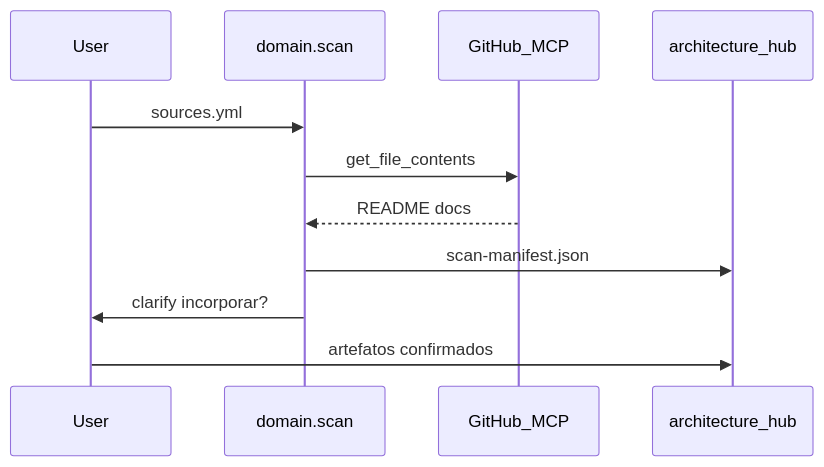
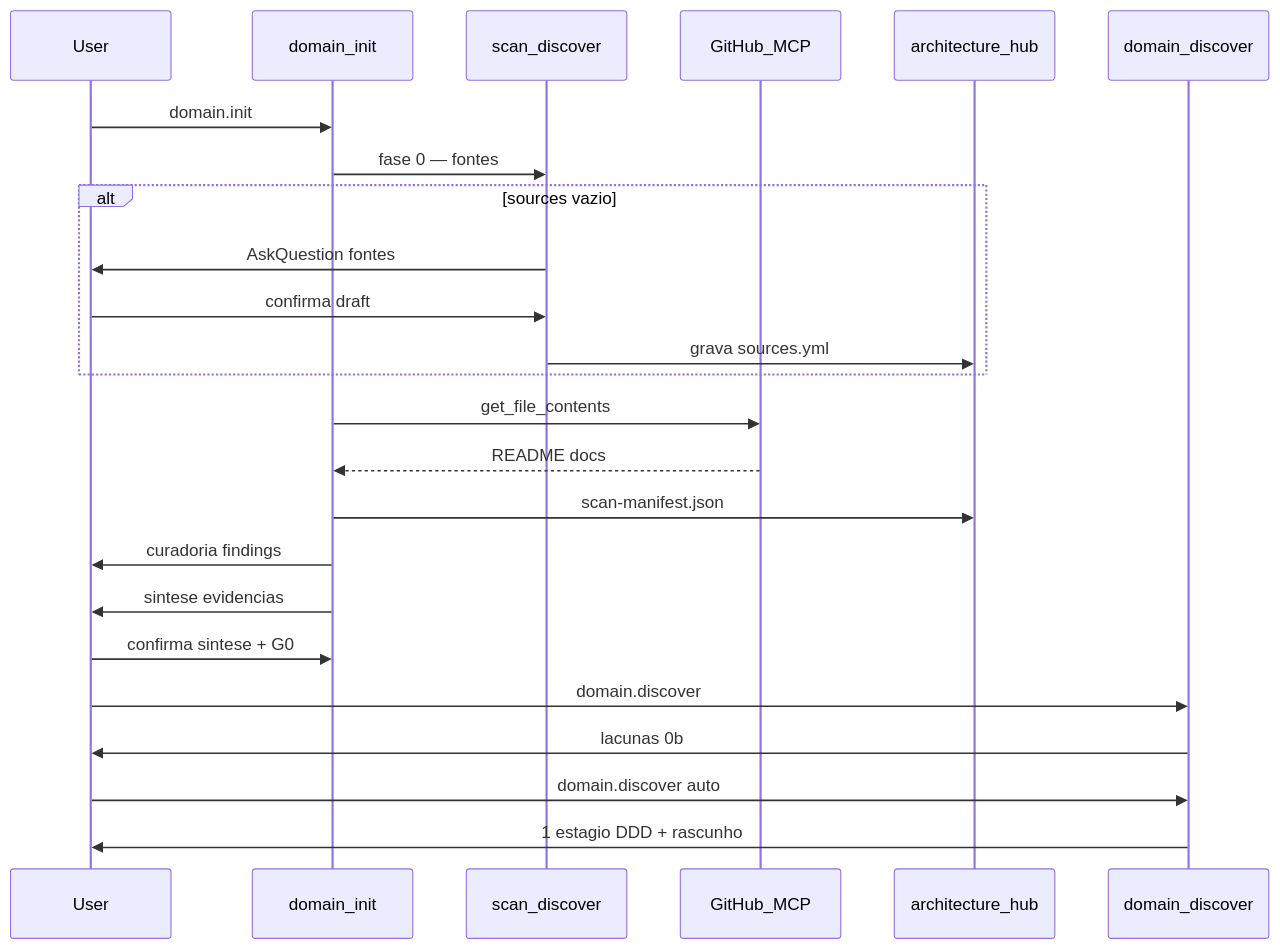
One commit to DudaMoresco/work-kit changed the diagram in domain-kit/HOW-IT-WORKS.md. Above: the diagram before and after it, drawn with Mermaid. The commit also changed other lines of this file and 57 other files, not shown here.

First line of the commit message:
Refactor domain-kit to plan mode with draft/promote workflow.

````diff
--- a/domain-kit/HOW-IT-WORKS.md
+++ b/domain-kit/HOW-IT-WORKS.md
@@ -58,14 +65,27 @@
 ```mermaid
 sequenceDiagram
   participant User
-  participant Scan as domain.scan
+  participant Init as domain_init
+  participant Plan as scan_discover
   participant MCP as GitHub_MCP
   participant Hub as architecture_hub
+  participant Discover as domain_discover
 
-  User->>Scan: sources.yml
-  Scan->>MCP: get_file_contents
-  MCP-->>Scan: README docs
-  Scan->>Hub: scan-manifest.json
-  Scan->>User: clarify incorporar?
-  User->>Hub: artefatos confirmados
+  User->>Init: domain.init
+  Init->>Plan: fase 0 — fontes
+  alt sources vazio
+    Plan->>User: AskQuestion fontes
+    User->>Plan: confirma draft
+    Plan->>Hub: grava sources.yml
+  end
+  Init->>MCP: get_file_contents
+  MCP-->>Init: README docs
+  Init->>Hub: scan-manifest.json
+  Init->>User: curadoria findings
+  Init->>User: sintese evidencias
+  User->>Init: confirma sintese + G0
+  User->>Discover: domain.discover
+  Discover->>User: lacunas 0b
+  User->>Discover: domain.discover auto
+  Discover->>User: 1 estagio DDD + rascunho
 ```
````
